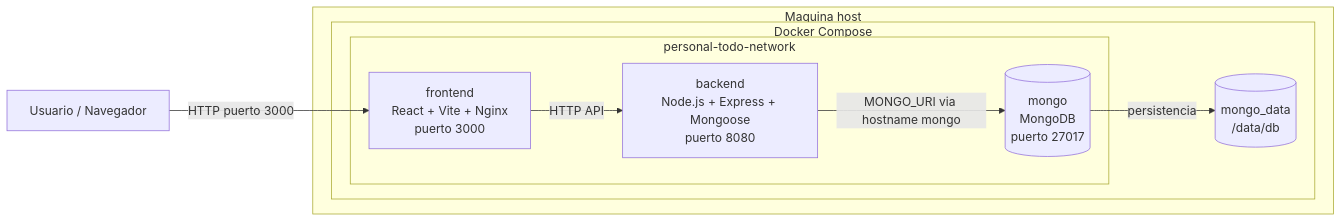
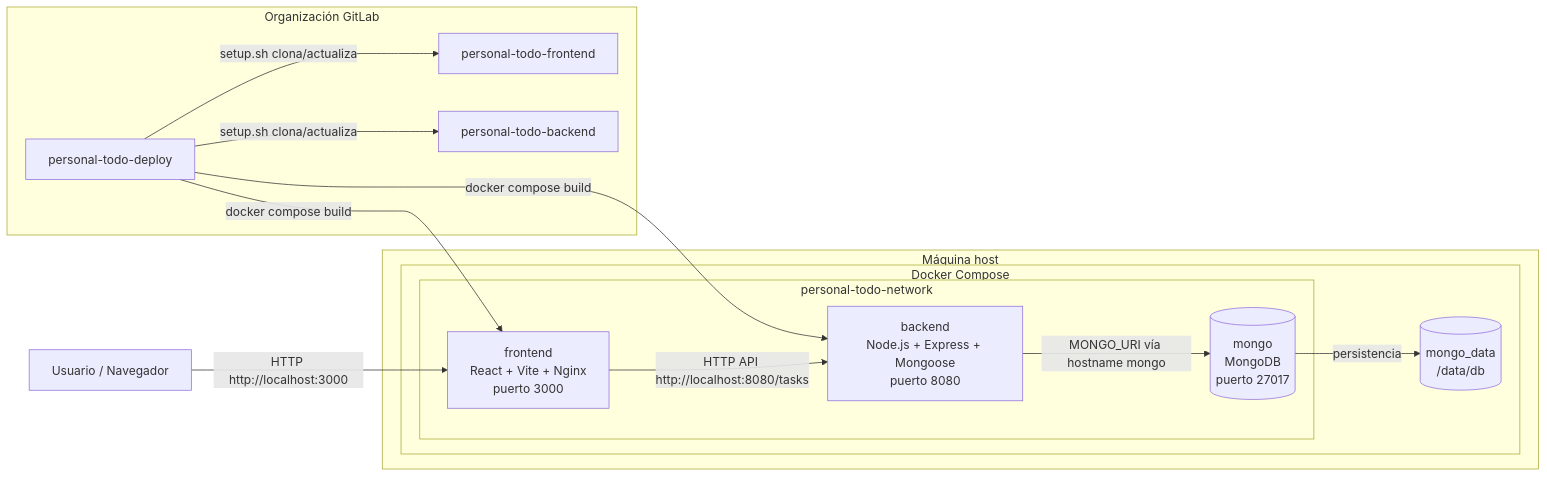
Before and after one commit to Personal-Challenge/.github: the diagram in profile/README.md, drawn with Mermaid. The commit also changed other lines of this file, not shown here.

Commit message:
Se actualiza readme

````diff
--- a/profile/README.md
+++ b/profile/README.md
@@ -5,21 +17,32 @@
 ```mermaid
 flowchart LR
     user[Usuario / Navegador]
 
-    subgraph host[Maquina host]
+    subgraph org[Organización GitLab]
+        deployRepo[personal-todo-deploy]
+        frontendRepo[personal-todo-frontend]
+        backendRepo[personal-todo-backend]
+    end
+
+    subgraph host[Máquina host]
         subgraph compose[Docker Compose]
             subgraph network[personal-todo-network]
                 frontend[frontend\nReact + Vite + Nginx\npuerto 3000]
                 backend[backend\nNode.js + Express + Mongoose\npuerto 8080]
                 mongo[(mongo\nMongoDB\npuerto 27017)]
             end
 
             volume[(mongo_data\n/data/db)]
         end
     end
 
-    user -->|HTTP puerto 3000| frontend
-    frontend -->|HTTP API| backend
-    backend -->|MONGO_URI via hostname mongo| mongo
+    deployRepo -->|setup.sh clona/actualiza| frontendRepo
+    deployRepo -->|setup.sh clona/actualiza| backendRepo
+    deployRepo -->|docker compose build| frontend
+    deployRepo -->|docker compose build| backend
+
+    user -->|HTTP http://localhost:3000| frontend
+    frontend -->|HTTP API http://localhost:8080/tasks| backend
+    backend -->|MONGO_URI vía hostname mongo| mongo
     mongo -->|persistencia| volume
 ```
````
